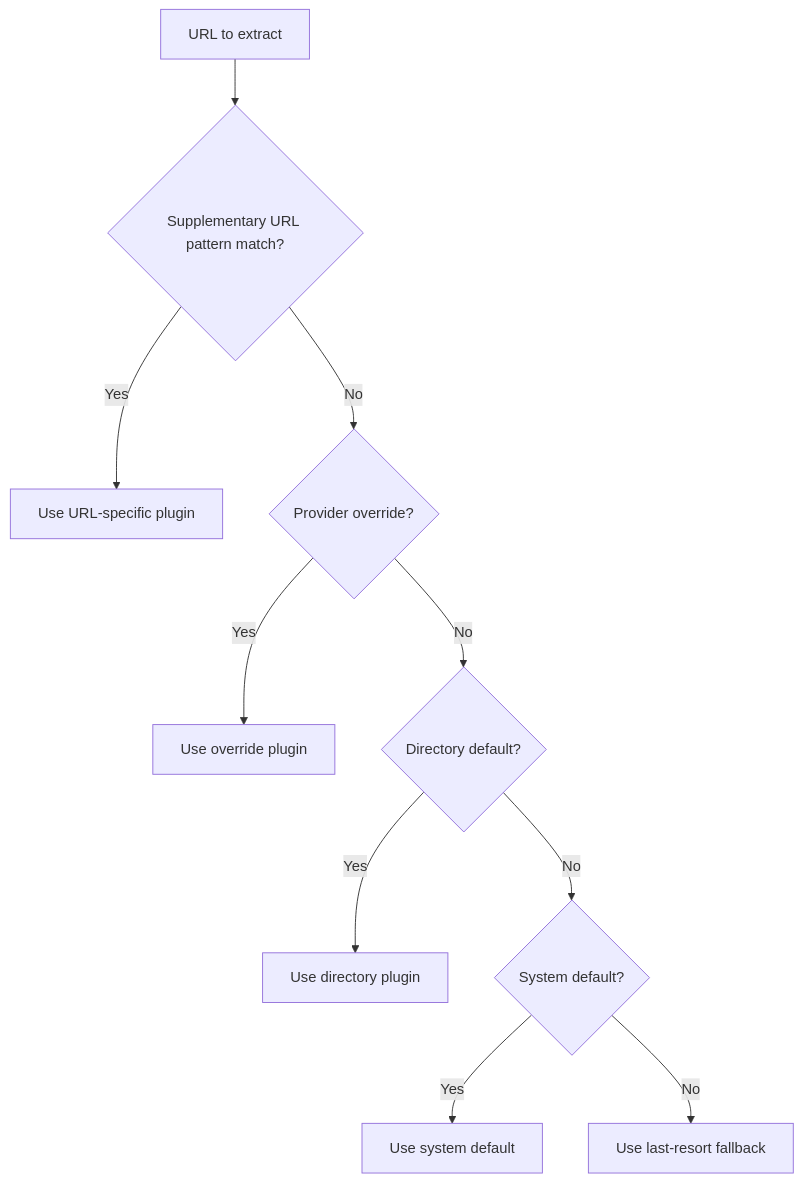
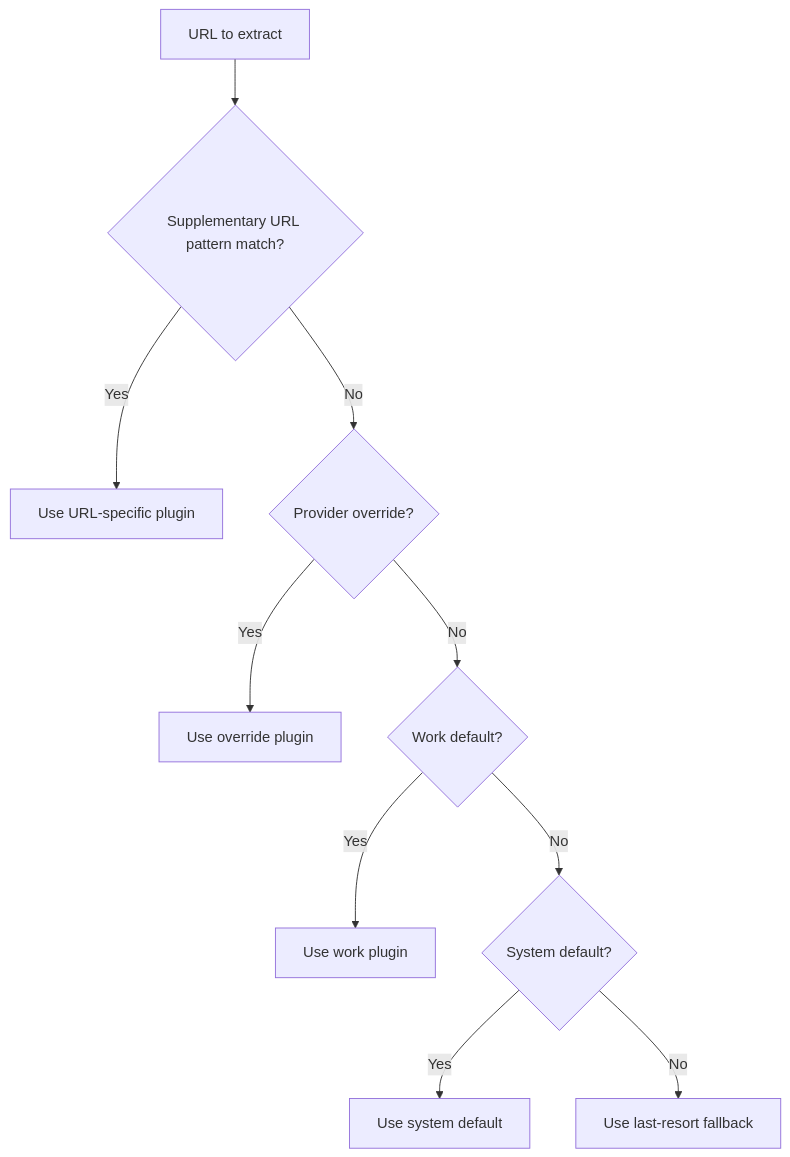
Before and after one commit to ever-works/ever-works: the third of 3 diagrams in docs/agent-services/facades-module.md, drawn with Mermaid. The commit also changed other lines of this file and 395 other files, not shown here.

````diff
--- a/docs/agent-services/facades-module.md
+++ b/docs/agent-services/facades-module.md
@@ -225,12 +225,12 @@
 ```mermaid
 flowchart TD
     A[URL to extract] --> B{Supplementary URL pattern match?}
     B -->|Yes| C[Use URL-specific plugin]
     B -->|No| D{Provider override?}
     D -->|Yes| E[Use override plugin]
-    D -->|No| F{Directory default?}
-    F -->|Yes| G[Use directory plugin]
+    D -->|No| F{Work default?}
+    F -->|Yes| G[Use work plugin]
     F -->|No| H{System default?}
     H -->|Yes| I[Use system default]
     H -->|No| J[Use last-resort fallback]
 ```
````
